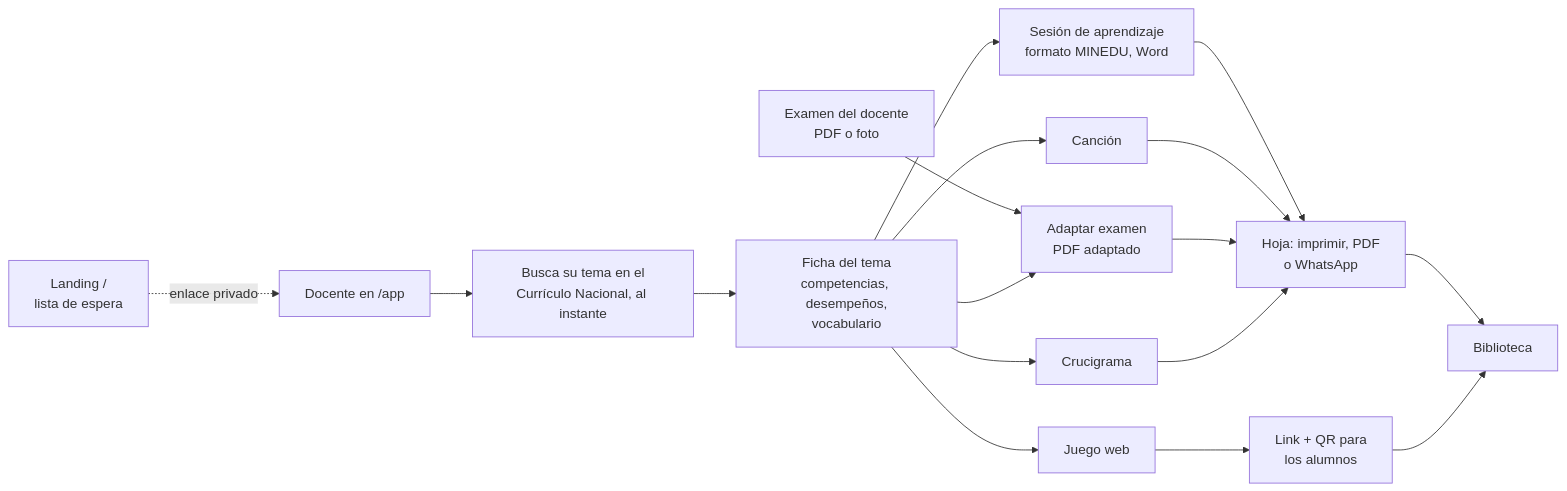
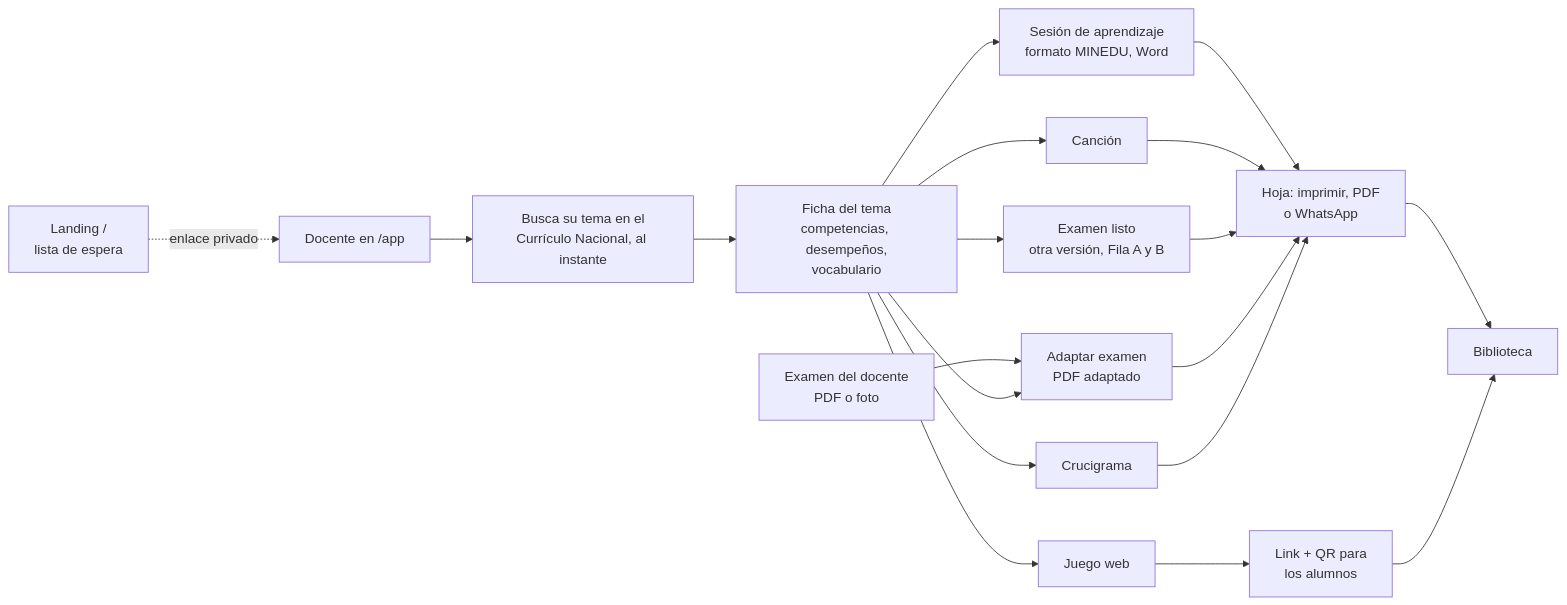
One commit to Hecze/supermentes changed the diagram in obsidian/MAPA.md. Above: the diagram before and after it, drawn with Mermaid. The commit also changed other lines of this file and 3 other files, not shown here.

````diff
--- a/obsidian/MAPA.md
+++ b/obsidian/MAPA.md
@@ -12,15 +12,16 @@
 ```mermaid
 flowchart LR
   L[Landing /<br/>lista de espera] -. enlace privado .-> A
   A[Docente en /app] --> T[Busca su tema en el<br/>Currículo Nacional, al instante]
   T --> FI[Ficha del tema<br/>competencias, desempeños,<br/>vocabulario]
   FI --> S[Sesión de aprendizaje<br/>formato MINEDU, Word]
   FI --> C[Canción]
+  FI --> EL[Examen listo<br/>otra versión, Fila A y B]
   EX[Examen del docente<br/>PDF o foto] --> E[Adaptar examen<br/>PDF adaptado]
   FI --> E
   FI --> J[Juego web]
   FI --> X[Crucigrama]
-  S & C & E & X --> H[Hoja: imprimir, PDF<br/>o WhatsApp]
+  S & C & EL & E & X --> H[Hoja: imprimir, PDF<br/>o WhatsApp]
   J --> Q[Link + QR para<br/>los alumnos]
   H & Q --> B[Biblioteca]
 ```
````
